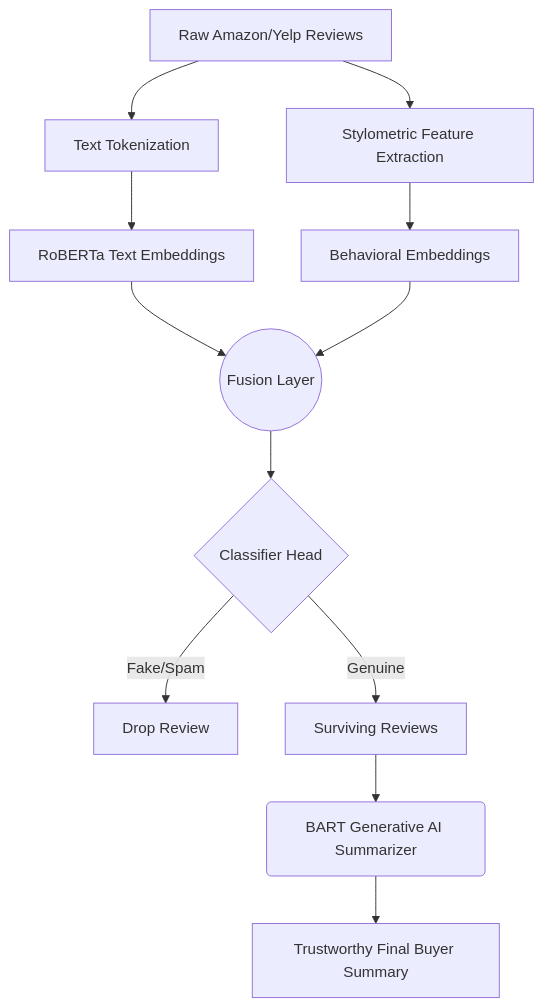
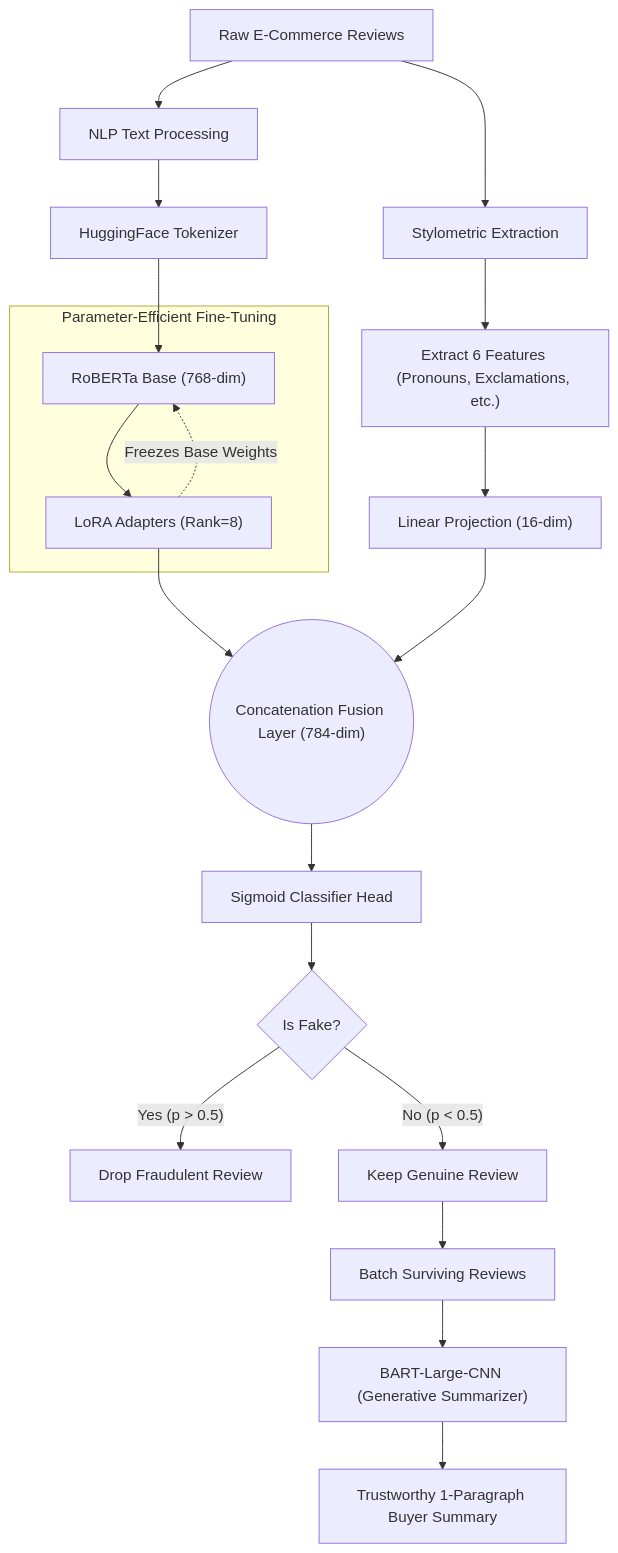
The diagram in 02_Fake_Review_Detection/README.md (Cokaine29/IEOR_AI_ML_DS_Projects), drawn with Mermaid before and after one commit.

Commit message:
docs: expand Project 2 flowchart with deep learning and LoRA specifics

````diff
--- a/02_Fake_Review_Detection/README.md
+++ b/02_Fake_Review_Detection/README.md
@@ -22,19 +22,33 @@
 ```mermaid
 graph TD
-    A[Raw Amazon/Yelp Reviews] --> B[Text Tokenization]
-    A --> C[Stylometric Feature Extraction]
+    A["Raw E-Commerce Reviews"] --> B["NLP Text Processing"]
+    A --> C["Stylometric Extraction"]
     
-    B --> D[RoBERTa Text Embeddings]
-    C --> E[Behavioral Embeddings]
+    %% Stylometry Branch
+    C --> D["Extract 6 Features (Pronouns, Exclamations, etc.)"]
+    D --> E["Linear Projection (16-dim)"]
     
-    D --> F((Fusion Layer))
-    E --> F
+    %% RoBERTa + LoRA Branch
+    B --> F["HuggingFace Tokenizer"]
+    F --> G["RoBERTa Base (768-dim)"]
     
-    F --> G{Classifier Head}
+    subgraph Parameter-Efficient Fine-Tuning
+        G --> H["LoRA Adapters (Rank=8)"]
+        H -.->|"Freezes Base Weights"| G
+    end
     
-    G -->|Fake/Spam| H[Drop Review]
-    G -->|Genuine| I[Surviving Reviews]
+    %% Fusion
+    H --> I(("Concatenation Fusion Layer (784-dim)"))
+    E --> I
     
-    I --> J(BART Generative AI Summarizer)
-    J --> K[Trustworthy Final Buyer Summary]
+    I --> J["Sigmoid Classifier Head"]
+    
+    %% Decision & Generative AI
+    J --> K{"Is Fake?"}
+    K -->|"Yes (p > 0.5)"| L["Drop Fraudulent Review"]
+    K -->|"No (p < 0.5)"| M["Keep Genuine Review"]
+    
+    M --> N["Batch Surviving Reviews"]
+    N --> O["BART-Large-CNN (Generative Summarizer)"]
+    O --> P["Trustworthy 1-Paragraph Buyer Summary"]
 ```
````
